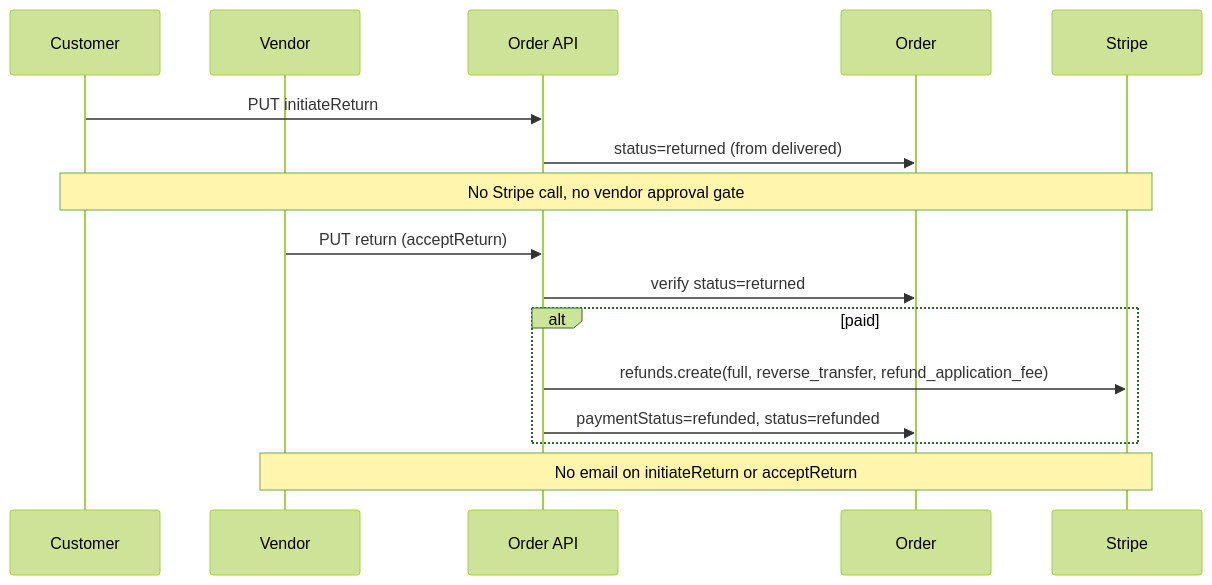
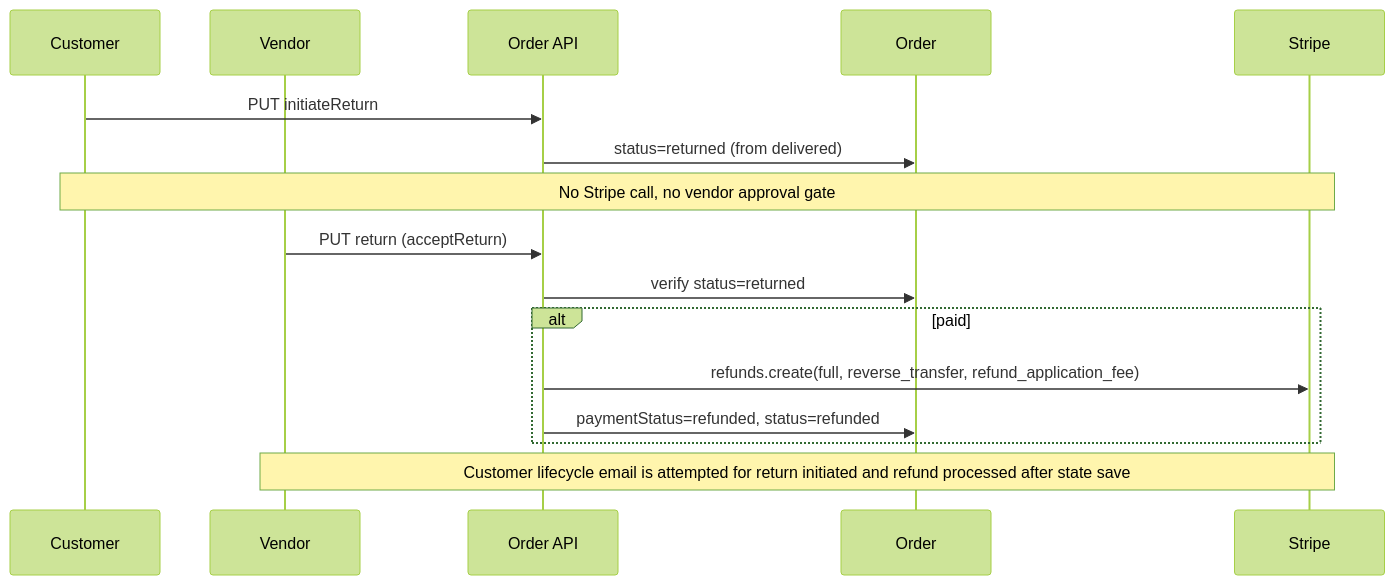
Before and after one commit to Techware-Hut/mosaic-backend: the third of 4 diagrams in docs/audit/BACKEND_REFUND_RETURN_DISPUTE_AS_BUILT_AUDIT.md, drawn with Mermaid (forest theme). The commit also changed other lines of this file and 14 other files, not shown here.

Commit message:
Add customer order lifecycle emails

````diff
--- a/docs/audit/BACKEND_REFUND_RETURN_DISPUTE_AS_BUILT_AUDIT.md
+++ b/docs/audit/BACKEND_REFUND_RETURN_DISPUTE_AS_BUILT_AUDIT.md
@@ -136,20 +136,20 @@
 ```mermaid
 sequenceDiagram
   participant C as Customer
   participant V as Vendor
   participant API as Order API
   participant DB as Order
   participant S as Stripe
 
   C->>API: PUT initiateReturn
   API->>DB: status=returned (from delivered)
   Note over C,S: No Stripe call, no vendor approval gate
 
   V->>API: PUT return (acceptReturn)
   API->>DB: verify status=returned
   alt paid
     API->>S: refunds.create(full, reverse_transfer, refund_application_fee)
     API->>DB: paymentStatus=refunded, status=refunded
   end
-  Note over V,S: No email on initiateReturn or acceptReturn
+  Note over V,S: Customer lifecycle email is attempted for return initiated and refund processed after state save
 ```
````
